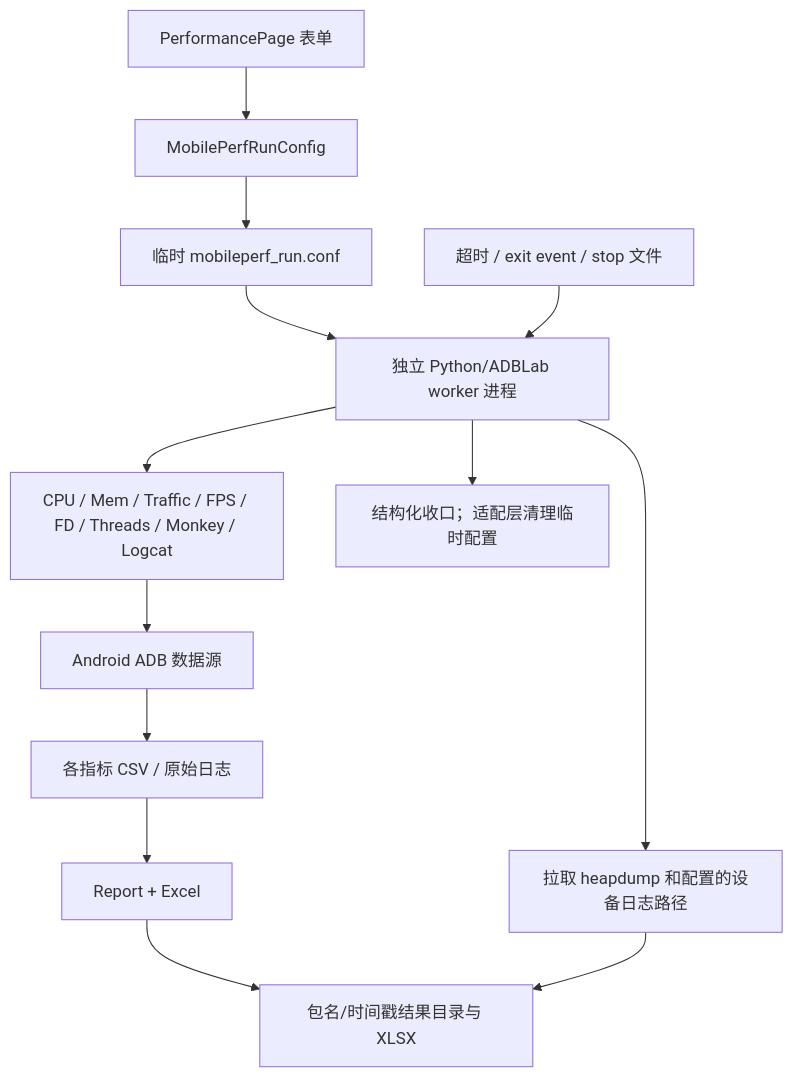
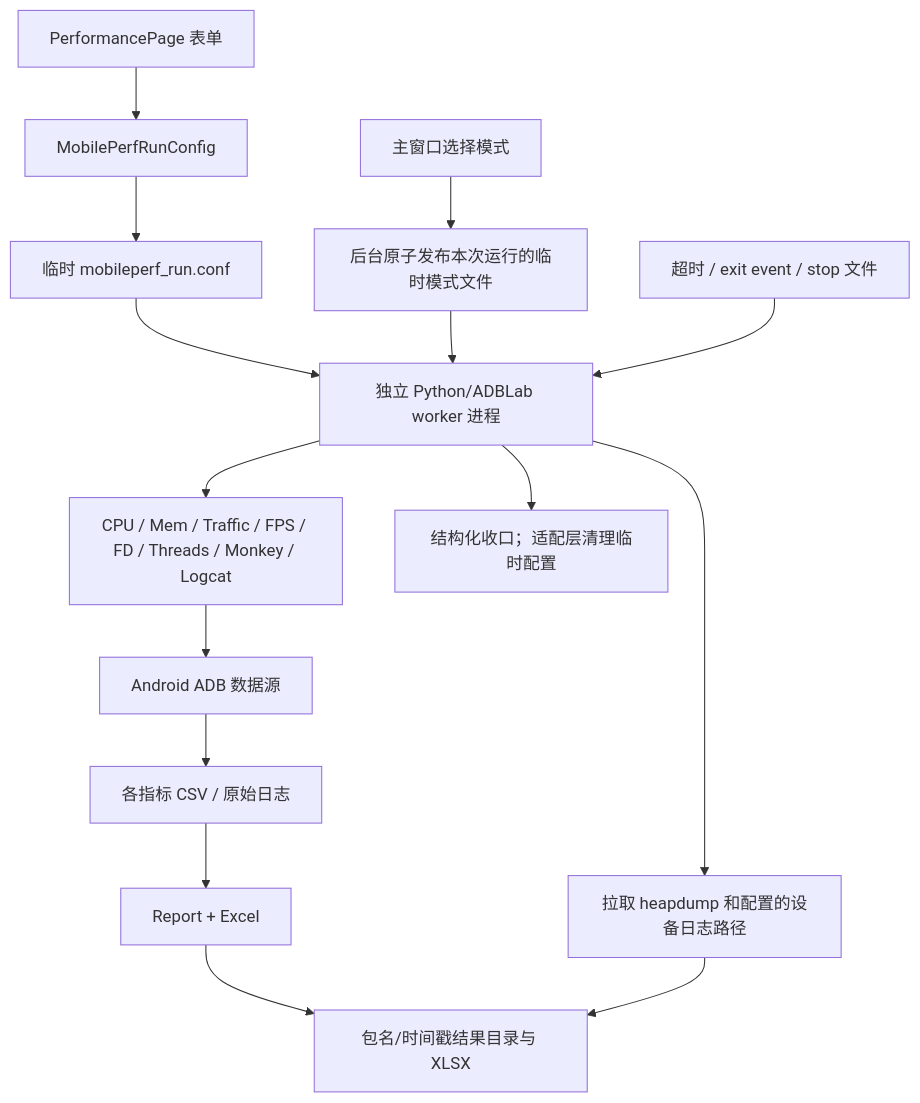
One commit to BlackHu-art/ADBLab changed the second of 2 diagrams in docs/project-knowledge/DATA_FLOW.md. Above: the diagram before and after it, drawn with Mermaid. The commit also changed other lines of this file and 28 other files, not shown here.

Commit message:
Refactor application architecture and update related tests

````diff
--- a/docs/project-knowledge/DATA_FLOW.md
+++ b/docs/project-knowledge/DATA_FLOW.md
@@ -160,15 +160,17 @@
 ```mermaid
 flowchart TD
     Form["PerformancePage 表单"] --> Config["MobilePerfRunConfig"]
     Config --> Temp["临时 mobileperf_run.conf"]
     Temp --> Worker["独立 Python/ADBLab worker 进程"]
+    Mode["主窗口选择模式"] --> ModeFile["后台原子发布本次运行的临时模式文件"]
+    ModeFile --> Worker
     Worker --> Monitors["CPU / Mem / Traffic / FPS / FD / Threads / Monkey / Logcat"]
     Monitors --> Device["Android ADB 数据源"]
     Device --> CSV["各指标 CSV / 原始日志"]
     CSV --> Report["Report + Excel"]
     Report --> Result["包名/时间戳结果目录与 XLSX"]
     Stop["超时 / exit event / stop 文件"] --> Worker
     Worker --> Pull["拉取 heapdump 和配置的设备日志路径"]
     Pull --> Result
     Worker --> Cleanup["结构化收口；适配层清理临时配置"]
 ```
````
